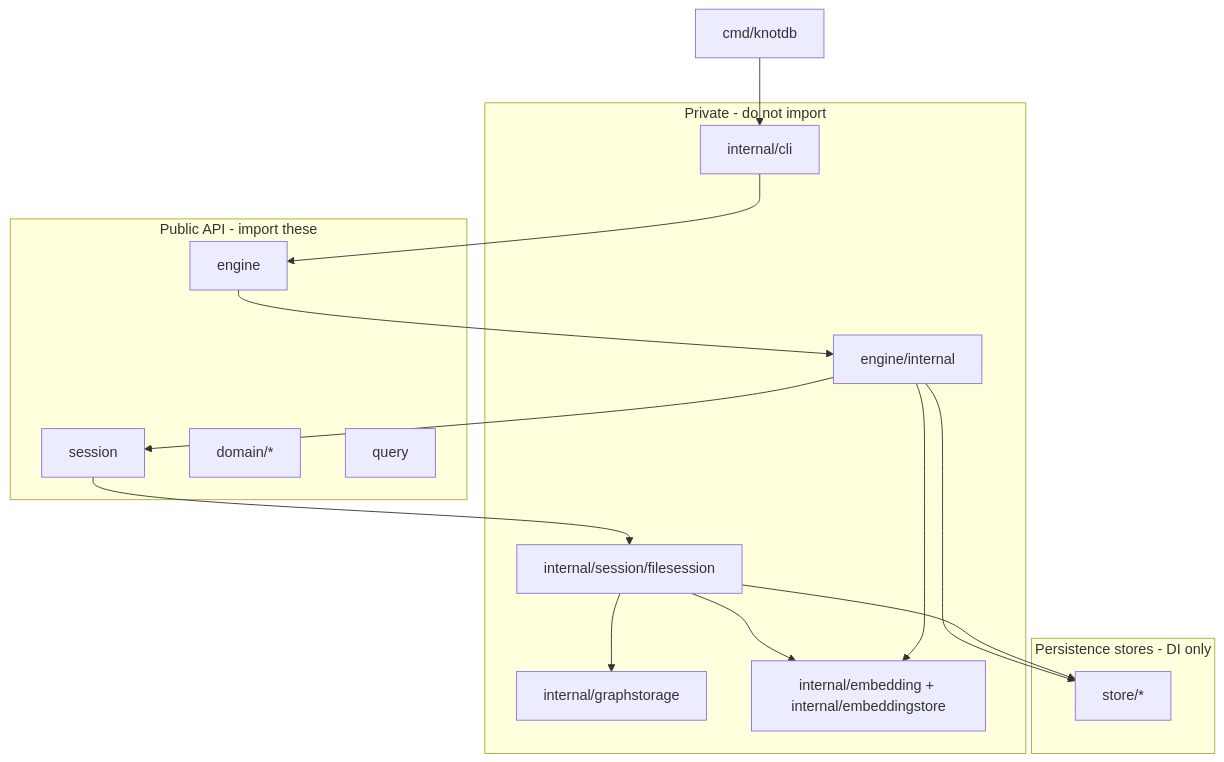
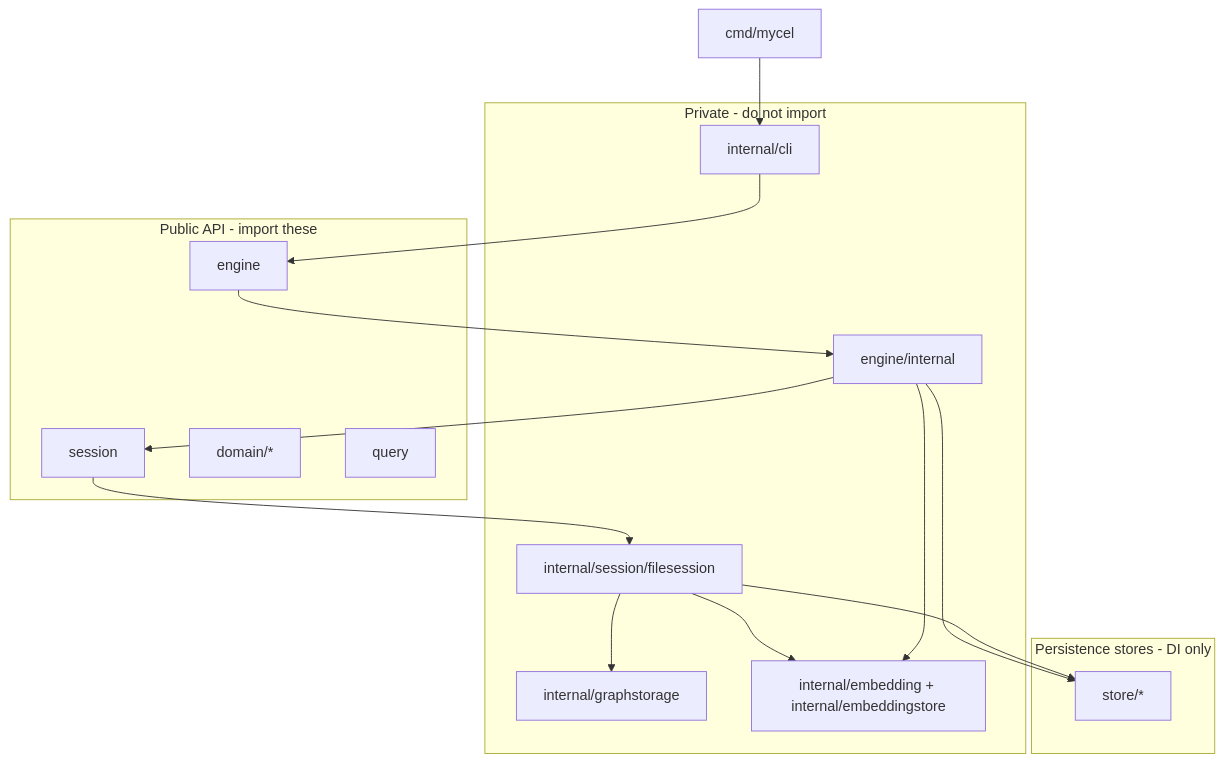
Before and after one commit to MycelDB/mycel: the first of 2 diagrams in docs/architecture.md, drawn with Mermaid. The commit also changed other lines of this file and 101 other files, not shown here.

````diff
--- a/docs/architecture.md
+++ b/docs/architecture.md
@@ -7,31 +7,31 @@
 ```mermaid
 flowchart TB
   subgraph public [Public API - import these]
     enginePkg[engine]
     sessionPkg[session]
     domainPkg["domain/*"]
     queryPkg[query]
   end
 
   subgraph stores [Persistence stores - DI only]
     storePkg["store/*"]
   end
 
   subgraph private [Private - do not import]
     engineInternal[engine/internal]
     internalSession[internal/session/filesession]
     graphstorage[internal/graphstorage]
     embeddingInternal[internal/embedding + internal/embeddingstore]
     cliInternal[internal/cli]
   end
 
   enginePkg --> engineInternal
   engineInternal --> storePkg
   engineInternal --> sessionPkg
   sessionPkg --> internalSession
   internalSession --> graphstorage
   internalSession --> embeddingInternal
   internalSession --> storePkg
   engineInternal --> embeddingInternal
-  cmdKnotdb[cmd/knotdb] --> cliInternal --> enginePkg
+  cmdMycel[cmd/mycel] --> cliInternal --> enginePkg
 ```
````
